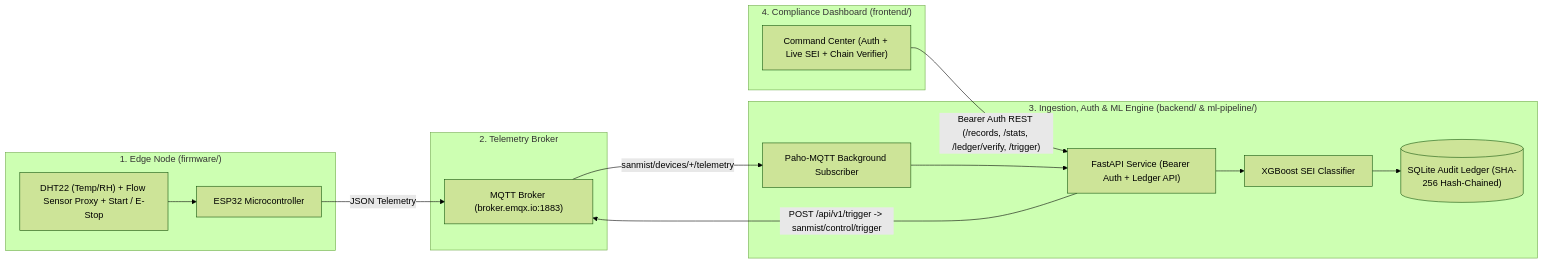
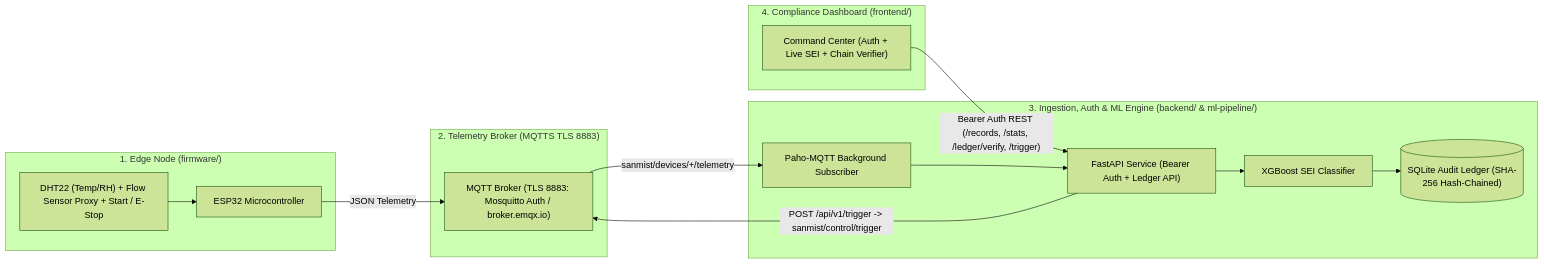
The diagram in README.md (coco1oco/sanmist-platform), drawn with Mermaid (forest theme) before and after one commit. The commit also changed other lines of this file and 10 other files, not shown here.

Commit message:
feat(security,ops): add MQTT TLS, route auth, PHT scheduler, uncapped exports, and recovery UI

````diff
--- a/README.md
+++ b/README.md
@@ -30,31 +30,31 @@
 ```mermaid
 flowchart LR
     subgraph Edge["1. Edge Node (firmware/)"]
         Sensors["DHT22 (Temp/RH) + Flow Sensor Proxy + Start / E-Stop"]
         ESP32["ESP32 Microcontroller"]
         Sensors --> ESP32
     end
 
-    subgraph Broker["2. Telemetry Broker"]
-        MQTT["MQTT Broker (broker.emqx.io:1883)"]
+    subgraph Broker["2. Telemetry Broker (MQTTS TLS 8883)"]
+        MQTT["MQTT Broker (TLS 8883: Mosquitto Auth / broker.emqx.io)"]
     end
 
     subgraph Core["3. Ingestion, Auth & ML Engine (backend/ & ml-pipeline/)"]
         Subscriber["Paho-MQTT Background Subscriber"]
         FastAPI["FastAPI Service (Bearer Auth + Ledger API)"]
         XGB["XGBoost SEI Classifier"]
         DB[("SQLite Audit Ledger (SHA-256 Hash-Chained)")]
         Subscriber --> FastAPI
         FastAPI --> XGB
         XGB --> DB
     end
 
     subgraph UI["4. Compliance Dashboard (frontend/)"]
         Dashboard["Command Center (Auth + Live SEI + Chain Verifier)"]
     end
 
     ESP32 -- "JSON Telemetry" --> MQTT
     MQTT -- "sanmist/devices/+/telemetry" --> Subscriber
     FastAPI -- "POST /api/v1/trigger -> sanmist/control/trigger" --> MQTT
     Dashboard -- "Bearer Auth REST (/records, /stats, /ledger/verify, /trigger)" --> FastAPI
 ```
````
